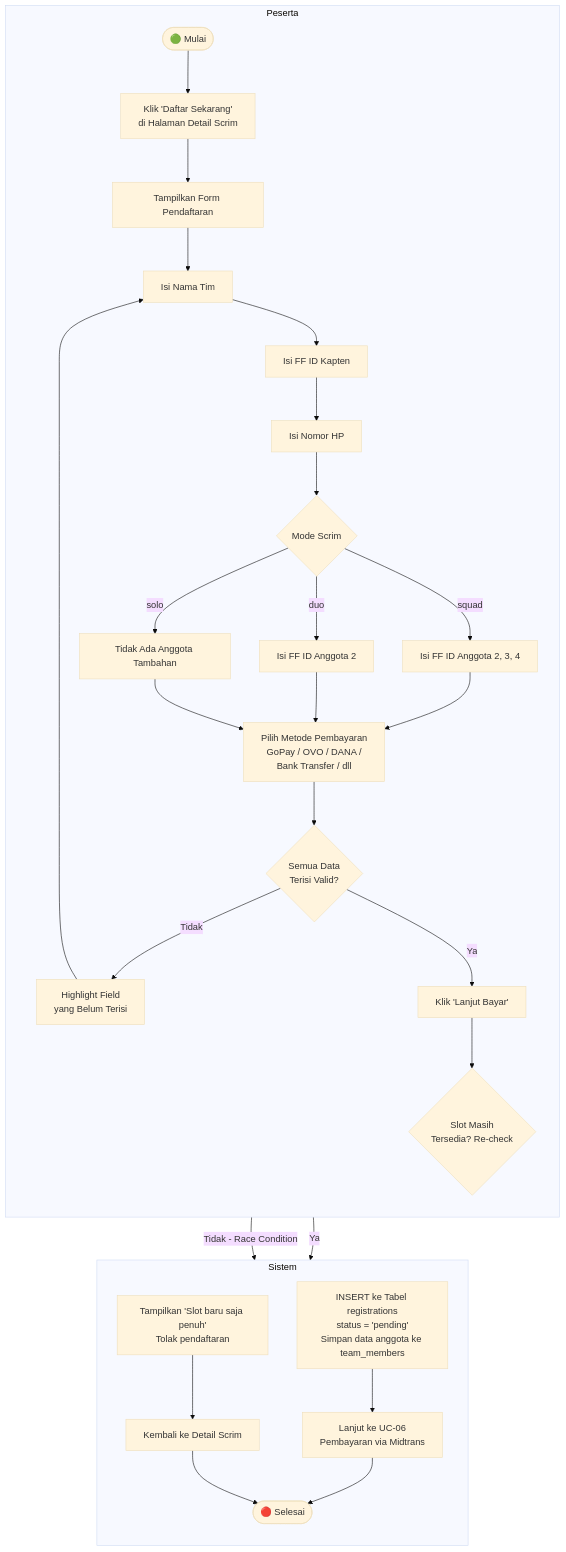
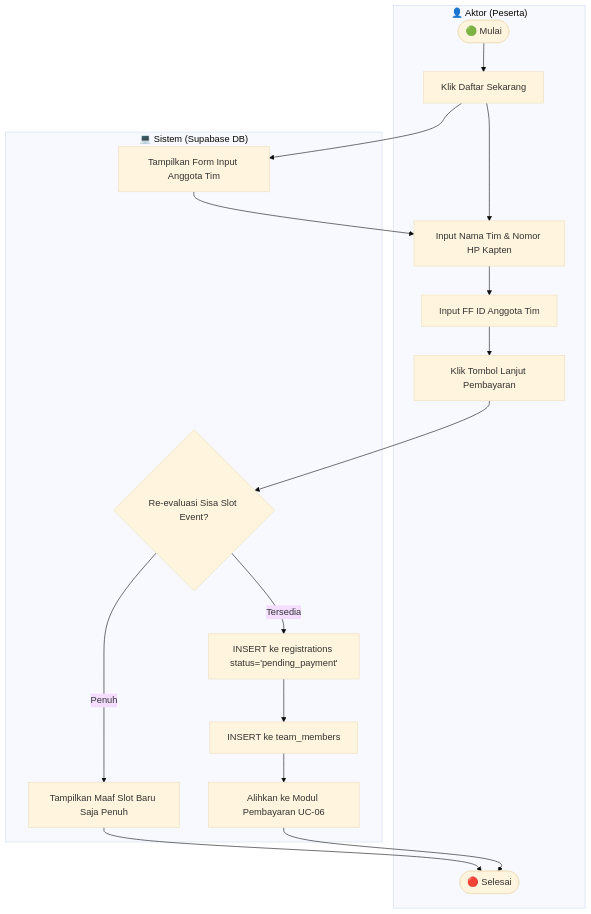
Before and after one commit to yosima050/booyahhub: the sixth of 43 diagrams in DOKUMENTASI.md, drawn with Mermaid (base theme). The commit also changed other lines of this file, not shown here.

Commit message:
docs: update system documentation to reflect SKPL version, Midtrans Sandbox integration, and simplified use case workflow

````diff
--- a/DOKUMENTASI.md
+++ b/DOKUMENTASI.md
@@ -344,30 +274,19 @@
 ```mermaid
 flowchart TD
-    subgraph Peserta
-        direction TB
-        A([🟢 Mulai]) --> B[Klik 'Daftar Sekarang'<br/>di Halaman Detail Scrim]
-        C --> D[Isi Nama Tim]
-        D --> E[Isi FF ID Kapten]
-        E --> F[Isi Nomor HP]
-        F --> G{Mode Scrim}
-        G -->|squad| H[Isi FF ID Anggota 2, 3, 4]
-        G -->|duo| I[Isi FF ID Anggota 2]
-        G -->|solo| J[Tidak Ada Anggota Tambahan]
-        H & I & J --> K[Pilih Metode Pembayaran<br/>GoPay / OVO / DANA /<br/>Bank Transfer / dll]
-        K --> L
-        M --> D
-        N[Klik 'Lanjut Bayar'] --> O
+    subgraph Aktor ["👤 Aktor (Peserta)"]
+        E1([🟢 Mulai]) --> E2[Klik Daftar Sekarang]
+        E2 --> E3[Input Nama Tim & Nomor HP Kapten]
+        E3 --> E4[Input FF ID Anggota Tim]
+        E4 --> E5[Klik Tombol Lanjut Pembayaran]
+        E6([🔴 Selesai])
     end
 
-    subgraph Sistem
-        direction TB
-        B --> C[Tampilkan Form Pendaftaran]
-        L{Semua Data<br/>Terisi Valid?} -->|Tidak| M[Highlight Field<br/>yang Belum Terisi]
-        L -->|Ya| N
-        O{Slot Masih<br/>Tersedia? Re-check} -->|Tidak - Race Condition| P[Tampilkan 'Slot baru saja penuh'<br/>Tolak pendaftaran]
-        P --> Q[Kembali ke Detail Scrim]
-        O -->|Ya| R[INSERT ke Tabel registrations<br/>status = 'pending'<br/>Simpan data anggota ke team_members]
-        R --> S[Lanjut ke UC-06<br/>Pembayaran via Midtrans]
-        Q & S --> T([🔴 Selesai])
+    subgraph Sistem ["💻 Sistem (Supabase DB)"]
+        E2 --> S1[Tampilkan Form Input Anggota Tim] --> E3
+        E5 --> S2{Re-evaluasi Sisa Slot Event?}
+        S2 -->|Penuh| S3[Tampilkan Maaf Slot Baru Saja Penuh] --> E6
+        S2 -->|Tersedia| S4[INSERT ke registrations status='pending_payment']
+        S4 --> S5[INSERT ke team_members]
+        S5 --> S6[Alihkan ke Modul Pembayaran UC-06] --> E6
     end
 ```
````
